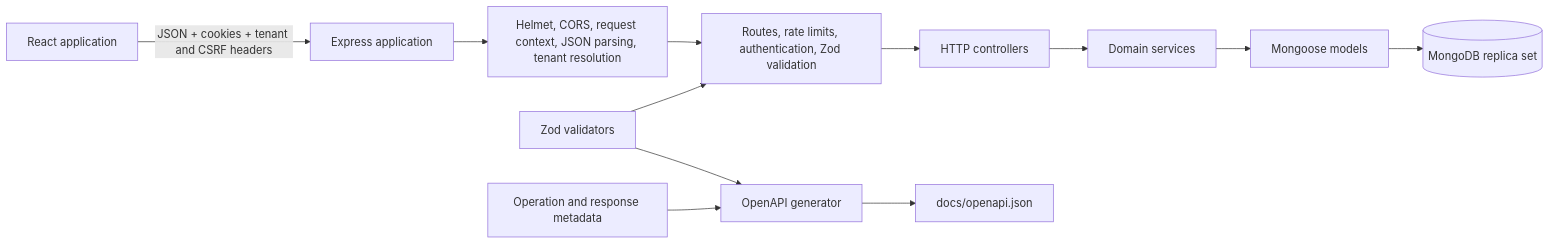
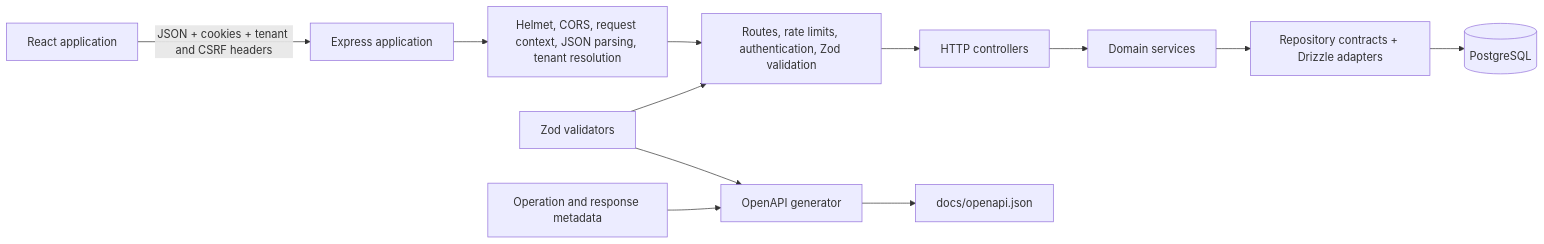
Before and after one commit to viniciuspizettadesouza/ufsc-dso2-trabalho1-mercadozetta: the first of 3 diagrams in docs/project-overview.md, drawn with Mermaid. The commit also changed other lines of this file and 112 other files, not shown here.

Commit message:
refactor: migrate persistence fully to PostgreSQL

````diff
--- a/docs/project-overview.md
+++ b/docs/project-overview.md
@@ -66,14 +66,14 @@
 ```mermaid
 flowchart LR
     Browser[React application] -->|JSON + cookies + tenant and CSRF headers| App[Express application]
     App --> Global[Helmet, CORS, request context, JSON parsing, tenant resolution]
     Global --> Routes[Routes, rate limits, authentication, Zod validation]
     Routes --> Controllers[HTTP controllers]
     Controllers --> Services[Domain services]
-    Services --> Models[Mongoose models]
-    Models --> Mongo[(MongoDB replica set)]
+    Services --> Repositories[Repository contracts + Drizzle adapters]
+    Repositories --> Postgres[(PostgreSQL)]
     Validators[Zod validators] --> Routes
     Validators --> Generator[OpenAPI generator]
     Metadata[Operation and response metadata] --> Generator
     Generator --> Contract[docs/openapi.json]
 ```
````
